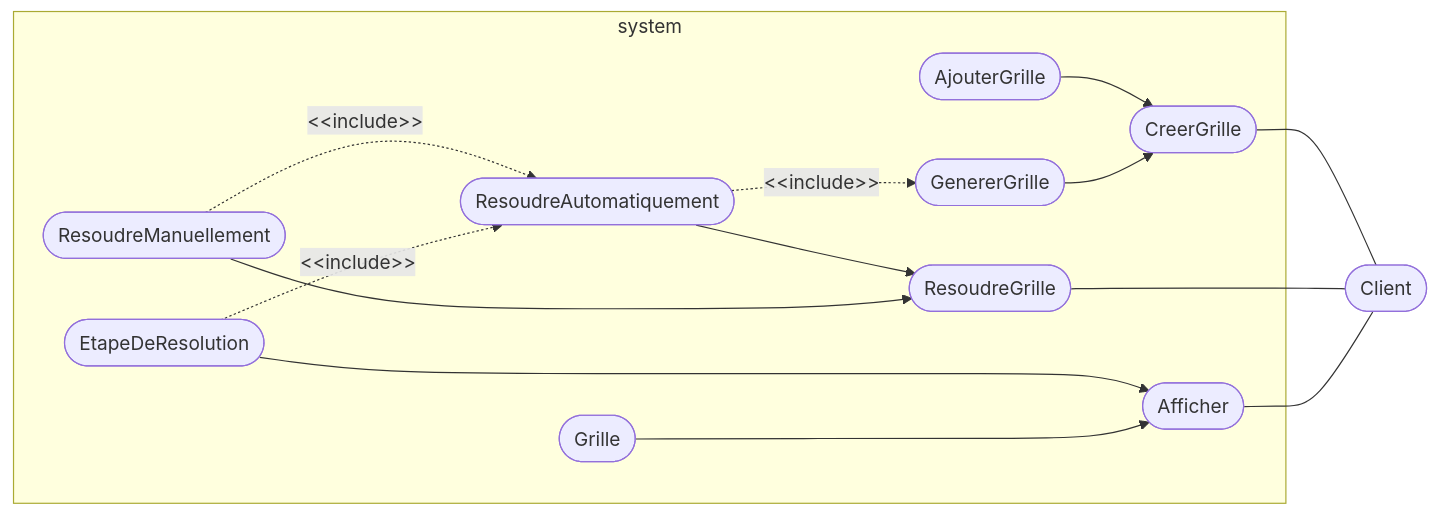
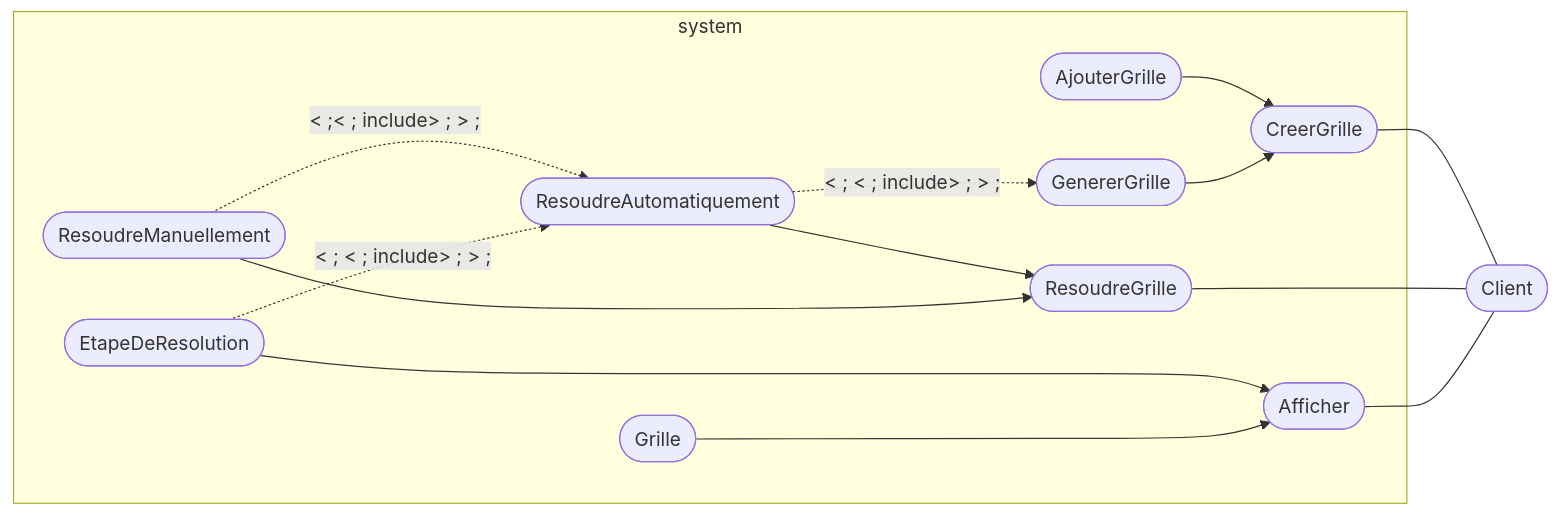
One commit to FlashOnFire/SUUUUUUUUUUUudoku changed the first of 2 diagrams in README.md. Above: the diagram before and after it, drawn with Mermaid. The commit also changed other lines of this file, not shown here.

Commit message:
doc: update diagram

````diff
--- a/README.md
+++ b/README.md
@@ -7,22 +7,22 @@
 ```mermaid
 flowchart LR
     subgraph system["system"]
         B(["CreerGrille"])
         C(["AjouterGrille"])
         D(["GenererGrille"])
         G(["ResoudreAutomatiquement"])
         E(["ResoudreGrille"])
         F(["ResoudreManuellement"])
         I(["EtapeDeResolution"])
         H(["Afficher"])
         J(["Grille"])
     end
     B & E & H --- A(["Client"])
     G --> E
     C & D --> B
     F --> E
     I & J ---> H
-    F -. &lt;&lt;include&gt;&gt; .-> G
-    I -. &lt;&lt;include&gt;&gt; .-> G
-    G -. &lt;&lt;include&gt;&gt; .-> D
+    F -. &lt ;&lt ; include&gt ; &gt ; .-> G
+I -. &lt ; &lt ; include&gt ; &gt ; .-> G
+G -. &lt ; &lt ; include&gt ; &gt ; .-> D
 ```
````
